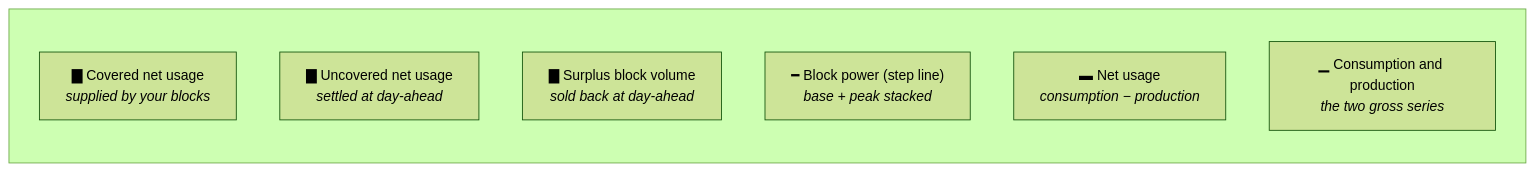
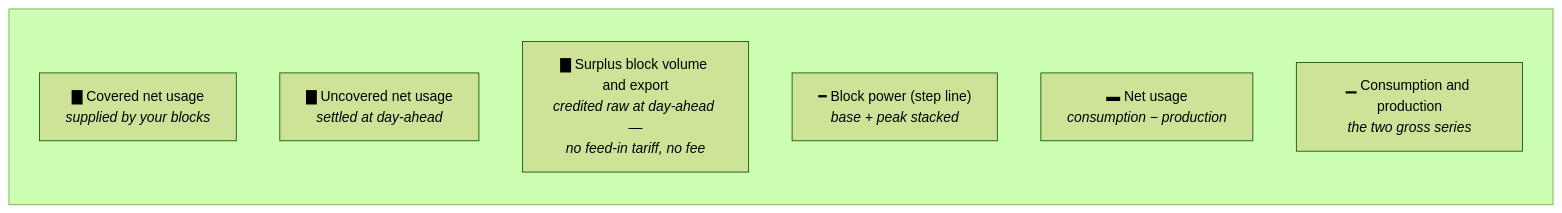
Before and after one commit to lukastosic-ifd/peakpowerspecs: the diagram in specs/10-features/F03-consumption-visualisation.md, drawn with Mermaid (forest theme). The commit also changed other lines of this file and 66 other files, not shown here.

````diff
--- a/specs/10-features/F03-consumption-visualisation.md
+++ b/specs/10-features/F03-consumption-visualisation.md
@@ -105,12 +129,12 @@
 ```mermaid
 flowchart LR
     subgraph legend[" "]
         direction TB
         A["▇ Covered net usage<br/><i>supplied by your blocks</i>"]
         B["▇ Uncovered net usage<br/><i>settled at day-ahead</i>"]
-        C["▇ Surplus block volume<br/><i>sold back at day-ahead</i>"]
+        C["▇ Surplus block volume and export<br/><i>credited raw at day-ahead —<br/>no feed-in tariff, no fee</i>"]
         D["━ Block power (step line)<br/><i>base + peak stacked</i>"]
         E["▬ Net usage<br/><i>consumption − production</i>"]
         F["▁ Consumption and production<br/><i>the two gross series</i>"]
     end
 ```
````
